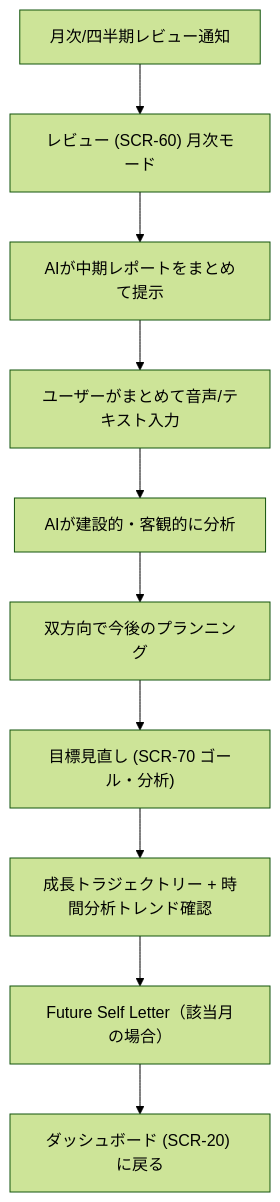
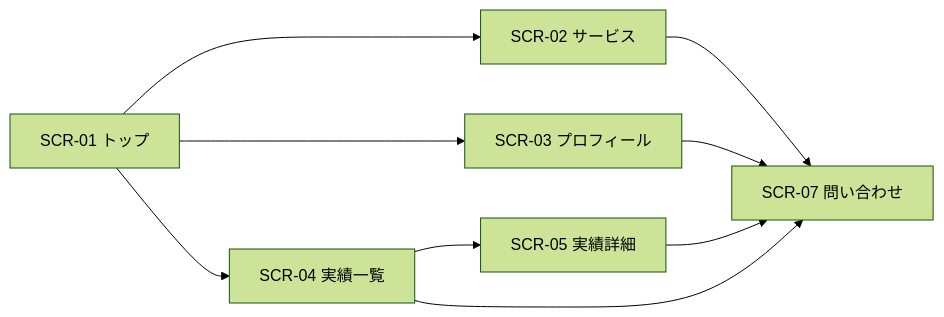
The second of 4 diagrams in docs/01_要件定義/04_画面遷移図_screen-transition.md (YU-Kawasaki-05/Ardors-website), drawn with Mermaid (forest theme) before and after one commit. The commit also changed other lines of this file and 28 other files, not shown here.

````diff
--- a/docs/01_要件定義/04_画面遷移図_screen-transition.md
+++ b/docs/01_要件定義/04_画面遷移図_screen-transition.md
@@ -202,12 +55,11 @@
 ```mermaid
-flowchart TD
-    A["月次/四半期レビュー通知"] --> B["レビュー (SCR-60) 月次モード"]
-    B --> C["AIが中期レポートをまとめて提示"]
-    C --> D["ユーザーがまとめて音声/テキスト入力"]
-    D --> E["AIが建設的・客観的に分析"]
-    E --> F["双方向で今後のプランニング"]
-    F --> G["目標見直し (SCR-70 ゴール・分析)"]
-    G --> H["成長トラジェクトリー + 時間分析トレンド確認"]
-    H --> I["Future Self Letter（該当月の場合）"]
-    I --> J["ダッシュボード (SCR-20) に戻る"]
+flowchart LR
+    A[SCR-01 トップ] --> B[SCR-02 サービス]
+    A --> C[SCR-03 プロフィール]
+    A --> D[SCR-04 実績一覧]
+    D --> E[SCR-05 実績詳細]
+    E --> F[SCR-07 問い合わせ]
+    B --> F
+    C --> F
+    D --> F
 ```
````
